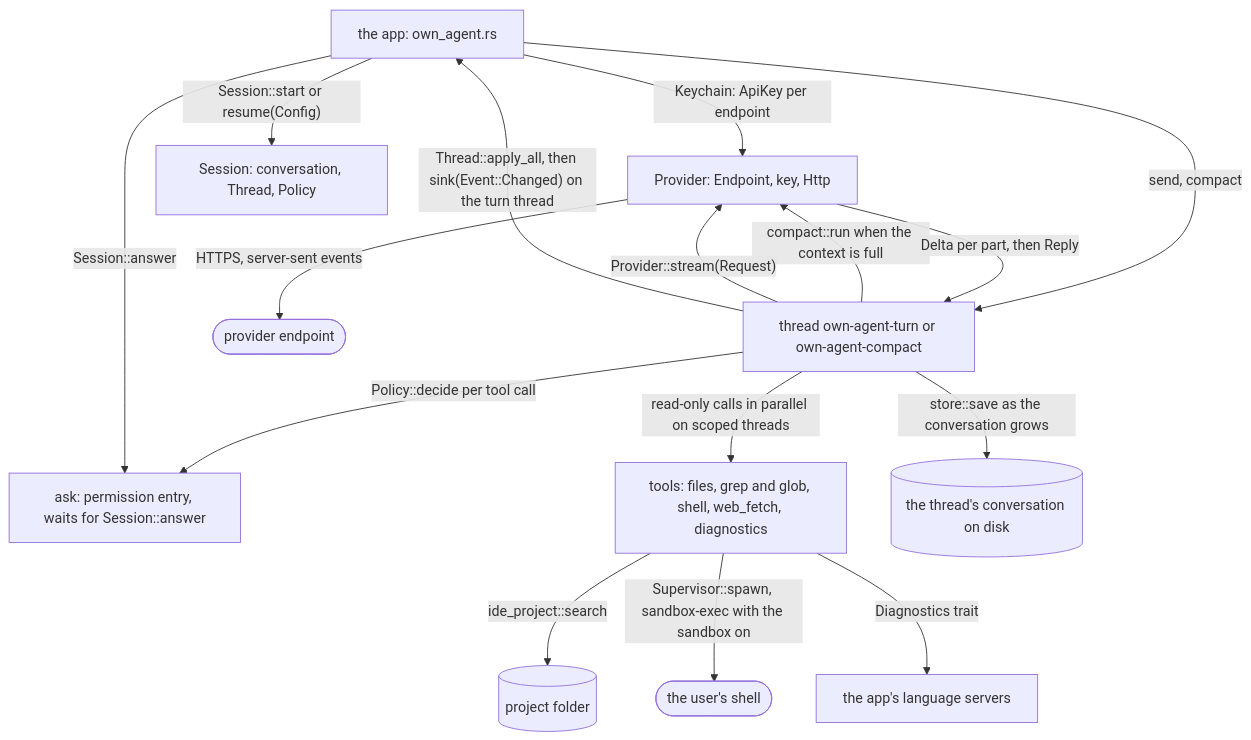
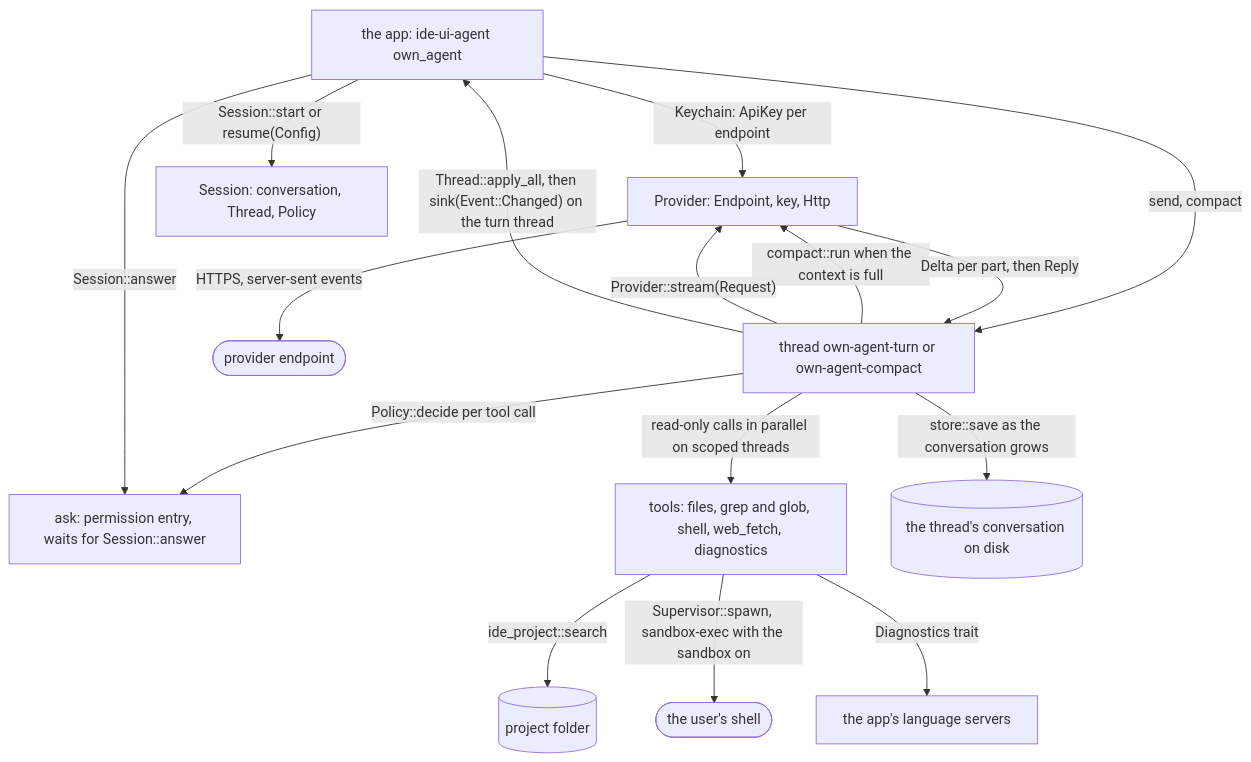
One commit to sventmueller/dango changed the diagram in crates/ide-agent/README.md. Above: the diagram before and after it, drawn with Mermaid. The commit also changed 691 other files, not shown here.

````diff
--- a/crates/ide-agent/README.md
+++ b/crates/ide-agent/README.md
@@ -9,18 +9,18 @@
 ```mermaid
 flowchart TB
-    app["the app: own_agent.rs"] -->|"Keychain: ApiKey per endpoint"| provider["Provider: Endpoint, key, Http"]
+    app["the app: ide-ui-agent own_agent"] -->|"Keychain: ApiKey per endpoint"| provider["Provider: Endpoint, key, Http"]
     app -->|"Session::start or resume(Config)"| session["Session: conversation, Thread, Policy"]
     app -->|"send, compact"| turn["thread own-agent-turn or own-agent-compact"]
     turn -->|"compact::run when the context is full"| provider
     turn -->|"Provider::stream(Request)"| provider
     provider -->|"HTTPS, server-sent events"| remote(["provider endpoint"])
     provider -->|"Delta per part, then Reply"| turn
     turn -->|"Thread::apply_all, then sink(Event::Changed) on the turn thread"| app
     turn -->|"Policy::decide per tool call"| ask["ask: permission entry, waits for Session::answer"]
     app -->|"Session::answer"| ask
     turn -->|"read-only calls in parallel on scoped threads"| tools["tools: files, grep and glob, shell, web_fetch, diagnostics"]
     tools -->|"ide_project::search"| project[("project folder")]
     tools -->|"Supervisor::spawn, sandbox-exec with the sandbox on"| shell(["the user's shell"])
     tools -->|"Diagnostics trait"| lsp["the app's language servers"]
     turn -->|"store::save as the conversation grows"| stored[("the thread's conversation on disk")]
 ```
````
